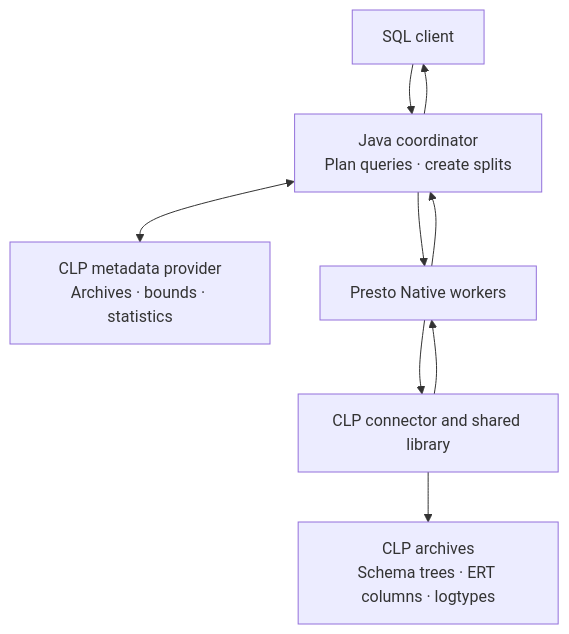
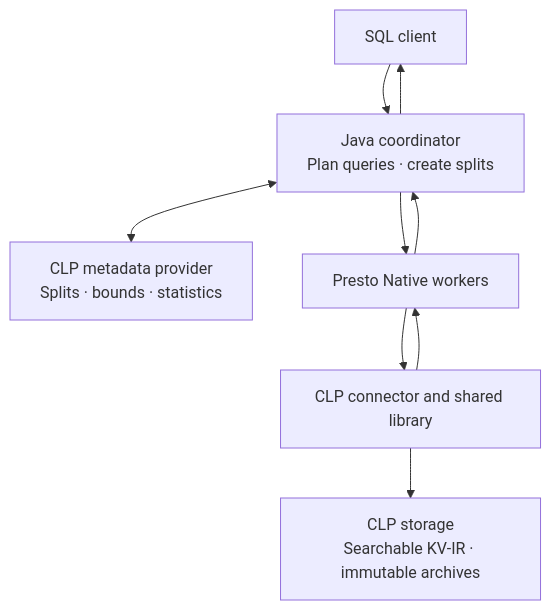
One commit to y-scope/presto-blogs-collab changed the diagram in presto-blog/presto-clp-draft.md. Above: the diagram before and after it, drawn with Mermaid. The commit also changed other lines of this file and 5 other files, not shown here.

```diff
--- a/presto-blog/presto-clp-draft.md
+++ b/presto-blog/presto-clp-draft.md
@@ -105,18 +105,18 @@
 ~~~mermaid
 flowchart TB
     client["SQL client"]
     coordinator["Java coordinator<br/>Plan queries · create splits"]
-    metadata["CLP metadata provider<br/>Archives · bounds · statistics"]
+    metadata["CLP metadata provider<br/>Splits · bounds · statistics"]
     workers["Presto Native workers"]
     plugin["CLP connector and shared library"]
-    archives["CLP archives<br/>Schema trees · ERT columns · logtypes"]
+    storage["CLP storage<br/>Searchable KV-IR · immutable archives"]
 
     client --> coordinator
     coordinator <--> metadata
     coordinator --> workers
     workers --> plugin
-    plugin --> archives
+    plugin --> storage
     plugin --> workers
     workers --> coordinator
     coordinator --> client
 ~~~
```
